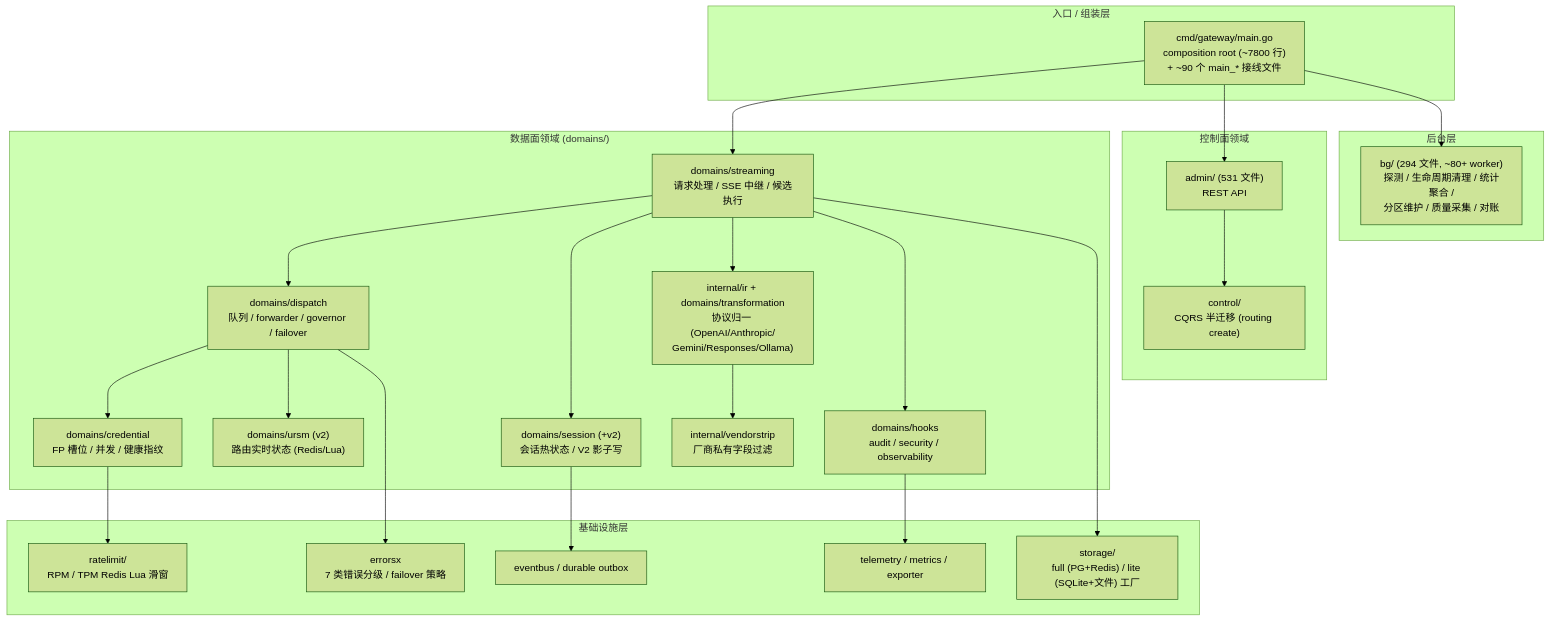
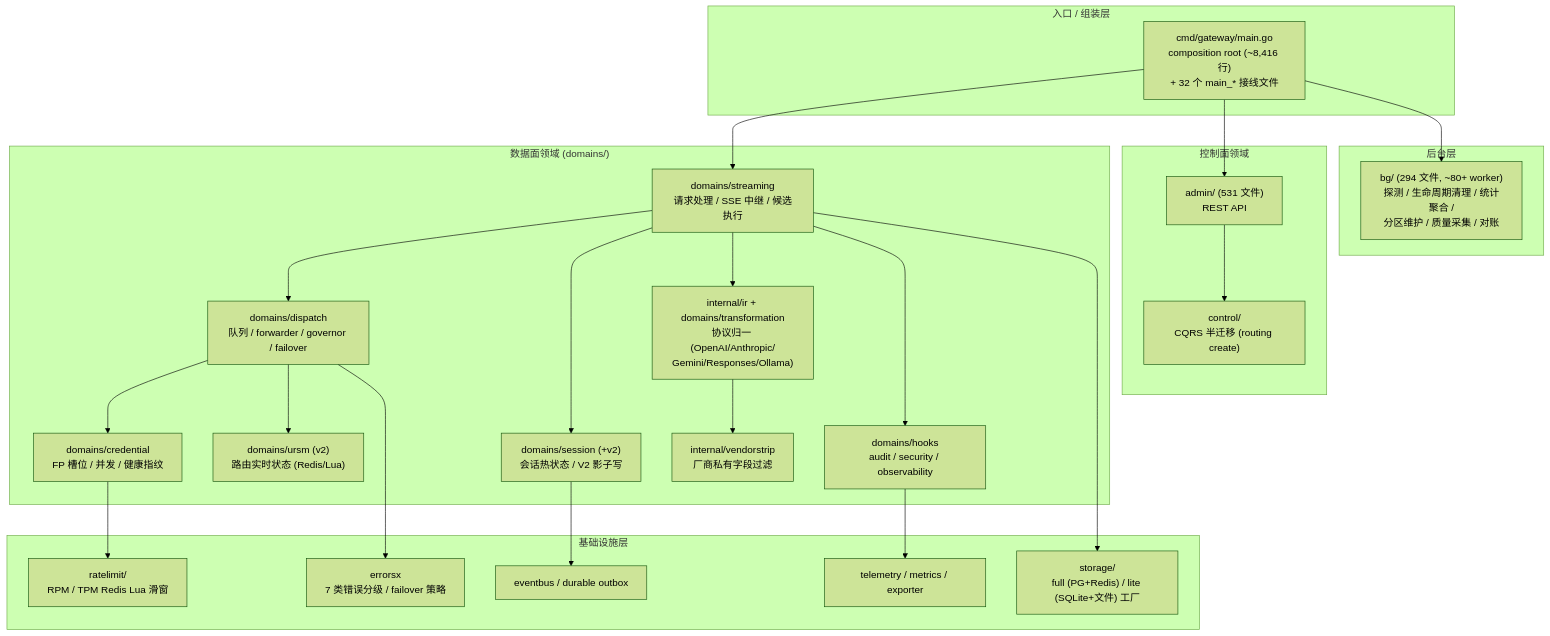
Before and after one commit to halfking/ai-native-gateway-core: the fifth of 9 diagrams in docs/architecture-diagrams.md, drawn with Mermaid (forest theme). The commit also changed other lines of this file and 3638 other files, not shown here.

````diff
--- a/docs/architecture-diagrams.md
+++ b/docs/architecture-diagrams.md
@@ -195,49 +195,49 @@
 ```mermaid
 graph TB
     subgraph entry["入口 / 组装层"]
-        MAIN["cmd/gateway/main.go<br/>composition root (~7800 行)<br/>+ ~90 个 main_* 接线文件"]
+        MAIN["cmd/gateway/main.go<br/>composition root (~8,416 行)<br/>+ 32 个 main_* 接线文件"]
     end
 
     subgraph dp["数据面领域 (domains/)"]
         STREAMING["domains/streaming<br/>请求处理 / SSE 中继 / 候选执行"]
         DISPATCH["domains/dispatch<br/>队列 / forwarder / governor / failover"]
         CREDENTIAL["domains/credential<br/>FP 槽位 / 并发 / 健康指纹"]
         URSM["domains/ursm (v2)<br/>路由实时状态 (Redis/Lua)"]
         SESSION["domains/session (+v2)<br/>会话热状态 / V2 影子写"]
         IR["internal/ir + domains/transformation<br/>协议归一 (OpenAI/Anthropic/<br/>Gemini/Responses/Ollama)"]
         VSTRIP["internal/vendorstrip<br/>厂商私有字段过滤"]
         HOOKS["domains/hooks<br/>audit / security / observability"]
     end
 
     subgraph cp["控制面领域"]
         ADMIN["admin/ (531 文件)<br/>REST API"]
         CONTROL["control/<br/>CQRS 半迁移 (routing create)"]
     end
 
     subgraph infra["基础设施层"]
         STORE["storage/<br/>full (PG+Redis) / lite (SQLite+文件) 工厂"]
         TELEMETRY["telemetry / metrics / exporter"]
         ERRORSX["errorsx<br/>7 类错误分级 / failover 策略"]
         RATELIMIT["ratelimit/<br/>RPM / TPM Redis Lua 滑窗"]
         EVENTBUS["eventbus / durable outbox"]
     end
 
     subgraph bglayer["后台层"]
         BGW["bg/ (294 文件, ~80+ worker)<br/>探测 / 生命周期清理 / 统计聚合 /<br/>分区维护 / 质量采集 / 对账"]
     end
 
     MAIN --> STREAMING
     MAIN --> ADMIN
     MAIN --> BGW
     STREAMING --> DISPATCH --> CREDENTIAL
     STREAMING --> SESSION
     DISPATCH --> URSM
     STREAMING --> IR --> VSTRIP
     STREAMING --> HOOKS
     ADMIN --> CONTROL
     STREAMING --> STORE
     DISPATCH --> ERRORSX
     CREDENTIAL --> RATELIMIT
     HOOKS --> TELEMETRY
     SESSION --> EVENTBUS
 ```
````
